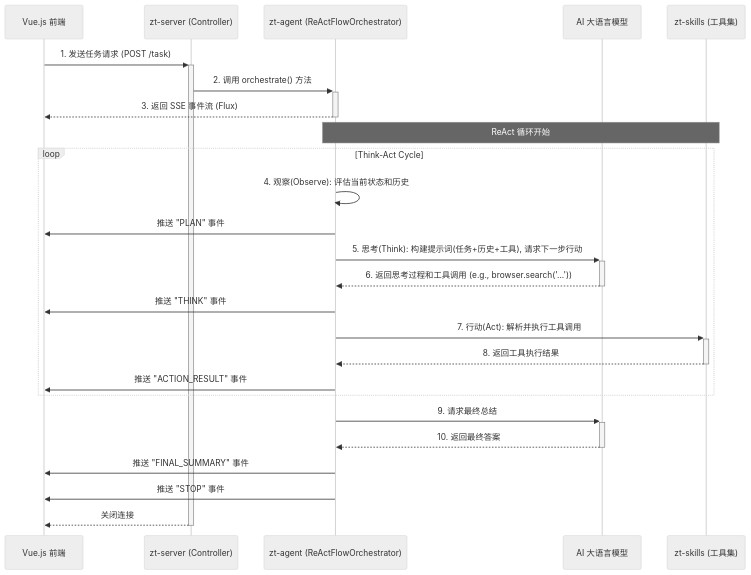
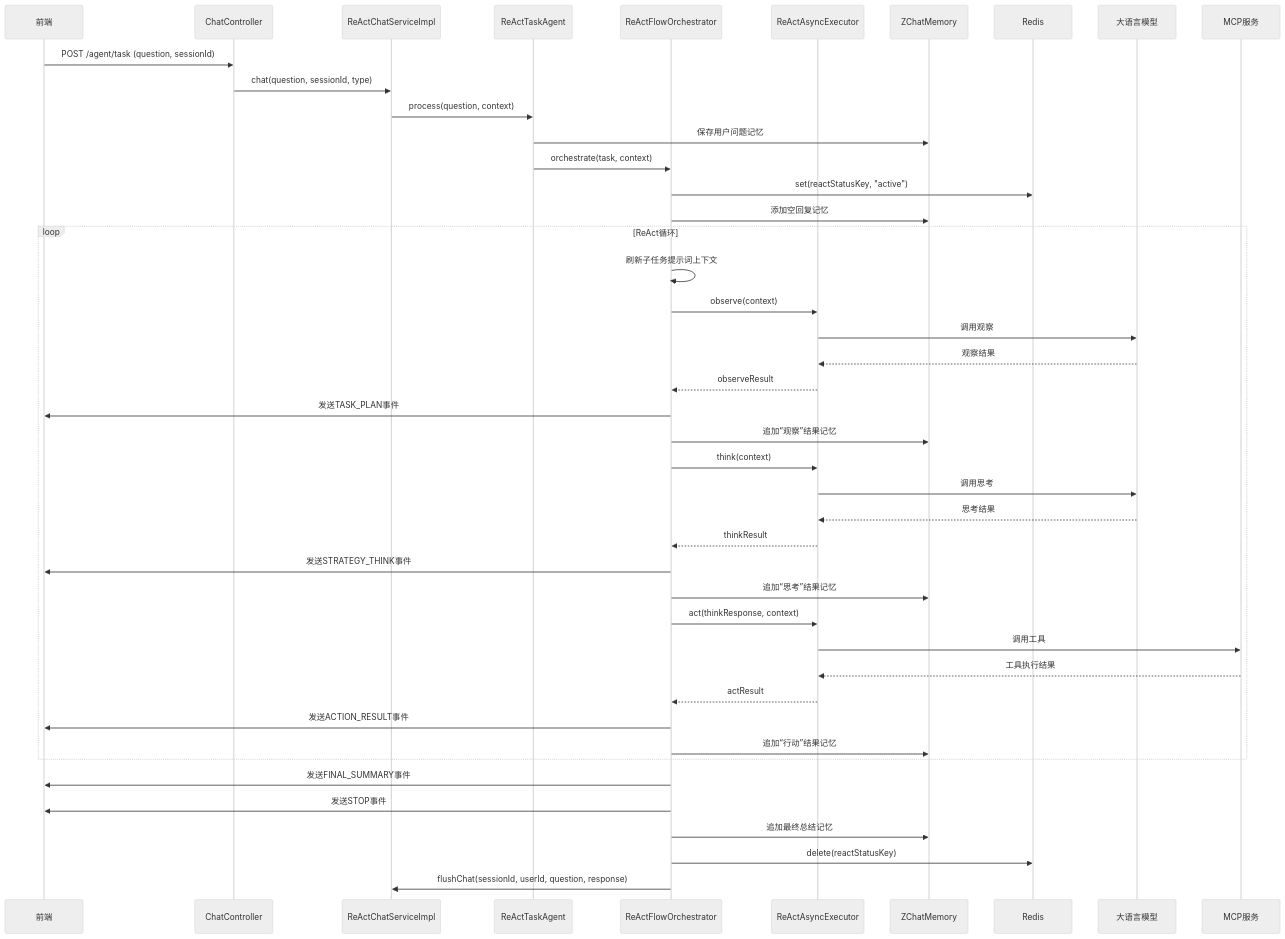
One commit to gczytm1818551025-stack/zt-ai changed the second of 2 diagrams in README.md. Above: the diagram before and after it, drawn with Mermaid (neutral theme). The commit also changed other lines of this file and 8 other files, not shown here.

````diff
--- a/README.md
+++ b/README.md
@@ -73,32 +124,53 @@
 ```mermaid
 sequenceDiagram
-    participant FE as Vue.js 前端
-    participant Server as zt-server (Controller)
-    participant Orchestrator as zt-agent (ReActFlowOrchestrator)
-    participant LLM as AI 大语言模型
-    participant Skills as zt-skills (工具集)
+    participant Client as 前端
+    participant Controller as ChatController
+    participant Service as ReActChatServiceImpl
+    participant Agent as ReActTaskAgent
+    participant Orchestrator as ReActFlowOrchestrator
+    participant Executor as ReActAsyncExecutor
+    participant Memory as ZChatMemory
+    participant Redis as Redis
+    participant LLM as 大语言模型
+    participant MCP as MCP服务
 
-    FE->>+Server: 1. 发送任务请求 (POST /task)
-    Server->>+Orchestrator: 2. 调用 orchestrate() 方法
-    Orchestrator-->>-FE: 3. 返回 SSE 事件流 (Flux)
+    Client->>Controller: POST /agent/task (question, sessionId)
+    Controller->>Service: chat(question, sessionId, type)
+    Service->>Agent: process(question, context)
+    Agent->>Memory: 保存用户问题记忆
+    Agent->>Orchestrator: orchestrate(task, context)
+    Orchestrator->>Redis: set(reactStatusKey, "active")
+    Orchestrator->>Memory: 添加空回复记忆
 
-    Note over Orchestrator, Skills: ReAct 循环开始
-    loop Think-Act Cycle
-        Orchestrator->>Orchestrator: 4. 观察(Observe): 评估当前状态和历史
-        Orchestrator->>FE: 推送 "PLAN" 事件
+    loop ReAct循环
+        Orchestrator->>Orchestrator: 刷新子任务提示词上下文
+        Orchestrator->>Executor: observe(context)
+        Executor->>LLM: 调用观察
+        LLM-->>Executor: 观察结果
+        Executor-->>Orchestrator: observeResult
+        Orchestrator->>Client: 发送TASK_PLAN事件
+        Orchestrator->>Memory: 追加“观察”结果记忆
+    
+        Orchestrator->>Executor: think(context)
+        Executor->>LLM: 调用思考
+        LLM-->>Executor: 思考结果
+        Executor-->>Orchestrator: thinkResult
+        Orchestrator->>Client: 发送STRATEGY_THINK事件
+        Orchestrator->>Memory: 追加“思考”结果记忆
 
-        Orchestrator->>+LLM: 5. 思考(Think): 构建提示词(任务+历史+工具), 请求下一步行动
-        LLM-->>-Orchestrator: 6. 返回思考过程和工具调用 (e.g., browser.search('...'))
-        Orchestrator->>FE: 推送 "THINK" 事件
-
-        Orchestrator->>+Skills: 7. 行动(Act): 解析并执行工具调用
-        Skills-->>-Orchestrator: 8. 返回工具执行结果
-        Orchestrator->>FE: 推送 "ACTION_RESULT" 事件
+        Orchestrator->>Executor: act(thinkResponse, context)
+        Executor->>MCP: 调用工具
+        MCP-->>Executor: 工具执行结果
+        Executor-->>Orchestrator: actResult
+        Orchestrator->>Client: 发送ACTION_RESULT事件
+    
+        Orchestrator->>Memory: 追加“行动”结果记忆
     end
 
-    Orchestrator->>+LLM: 9. 请求最终总结
-    LLM-->>-Orchestrator: 10. 返回最终答案
-    Orchestrator->>FE: 推送 "FINAL_SUMMARY" 事件
-    Orchestrator->>FE: 推送 "STOP" 事件
-    Server-->>-FE: 关闭连接
+    Orchestrator->>Client: 发送FINAL_SUMMARY事件
+    Orchestrator->>Client: 发送STOP事件
+    Orchestrator->>Memory: 追加最终总结记忆
+    Orchestrator->>Redis: delete(reactStatusKey)
+    Orchestrator->>Service: flushChat(sessionId, userId, question, response)
+
 ```
````
